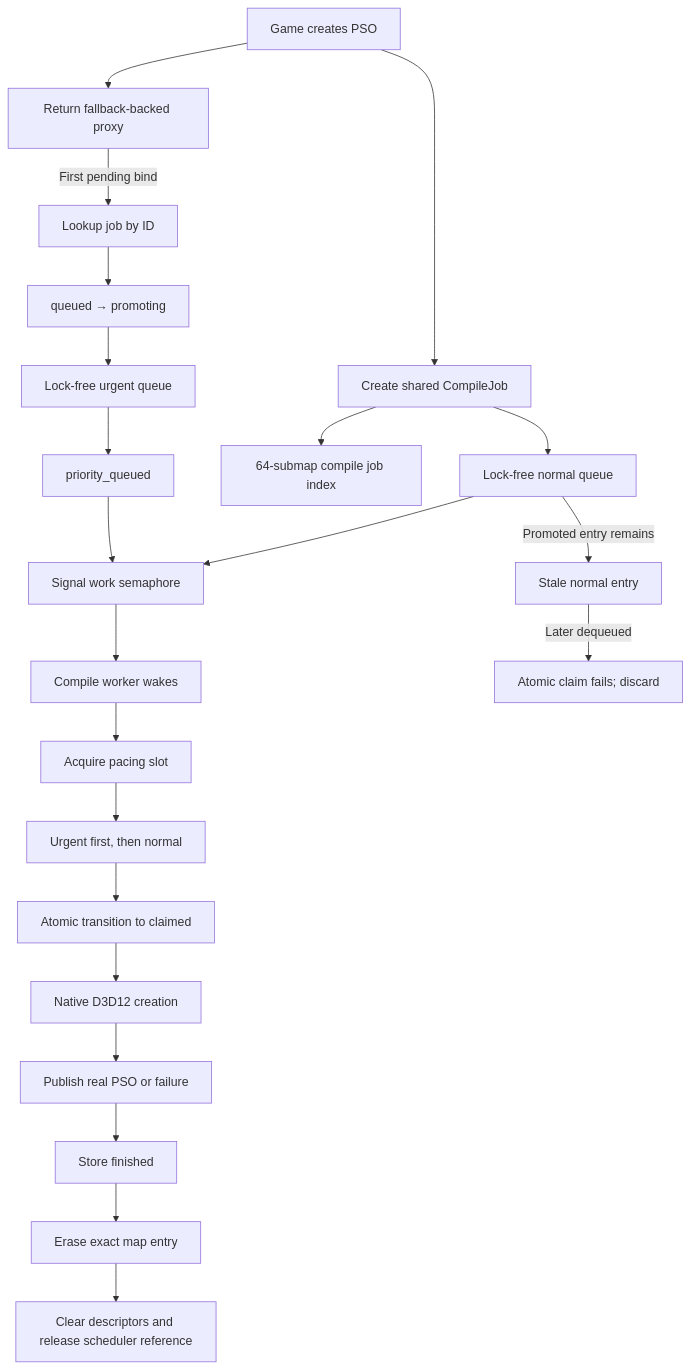
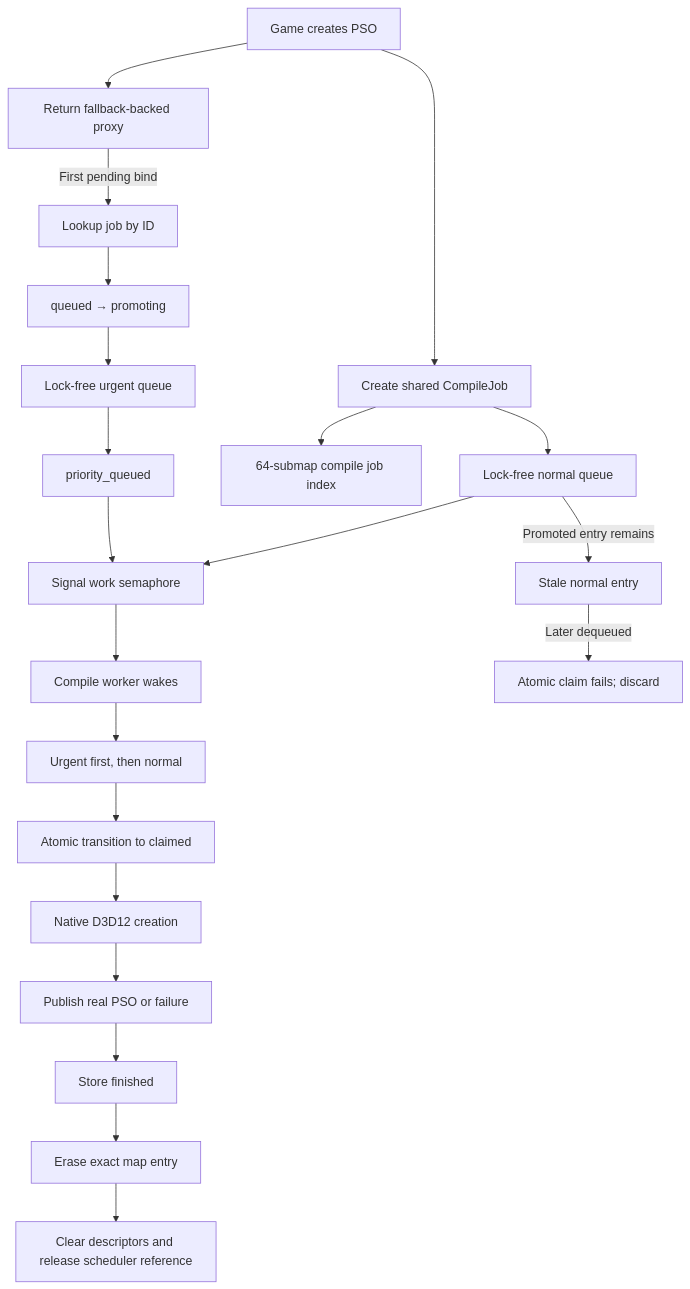
One commit to MohannedElfatih/reshade changed the diagram in source/d3d12/flow.md. Above: the diagram before and after it, drawn with Mermaid. The commit also changed other lines of this file and 10 other files, not shown here.

````diff
--- a/source/d3d12/flow.md
+++ b/source/d3d12/flow.md
@@ -571,28 +528,27 @@
 ```mermaid
 flowchart TD
     Game[Game creates PSO] --> Proxy[Return fallback-backed proxy]
     Game --> Job[Create shared CompileJob]
     Job --> Map[64-submap compile job index]
     Job --> Normal[Lock-free normal queue]
     Normal --> Semaphore[Signal work semaphore]
 
     Proxy -->|First pending bind| Promote[Lookup job by ID]
     Promote --> Promoting[queued → promoting]
     Promoting --> Urgent[Lock-free urgent queue]
     Urgent --> Priority[priority_queued]
     Priority --> Semaphore
 
     Semaphore --> Worker[Compile worker wakes]
-    Worker --> Slot[Acquire pacing slot]
-    Slot --> Select[Urgent first, then normal]
+    Worker --> Select[Urgent first, then normal]
     Select --> Claim[Atomic transition to claimed]
     Claim --> Native[Native D3D12 creation]
 
     Native --> Publish[Publish real PSO or failure]
     Publish --> Finished[Store finished]
     Finished --> Erase[Erase exact map entry]
     Erase --> Cleanup[Clear descriptors and release scheduler reference]
 
     Normal -->|Promoted entry remains| Stale[Stale normal entry]
     Stale -->|Later dequeued| Discard[Atomic claim fails; discard]
 ```
````
